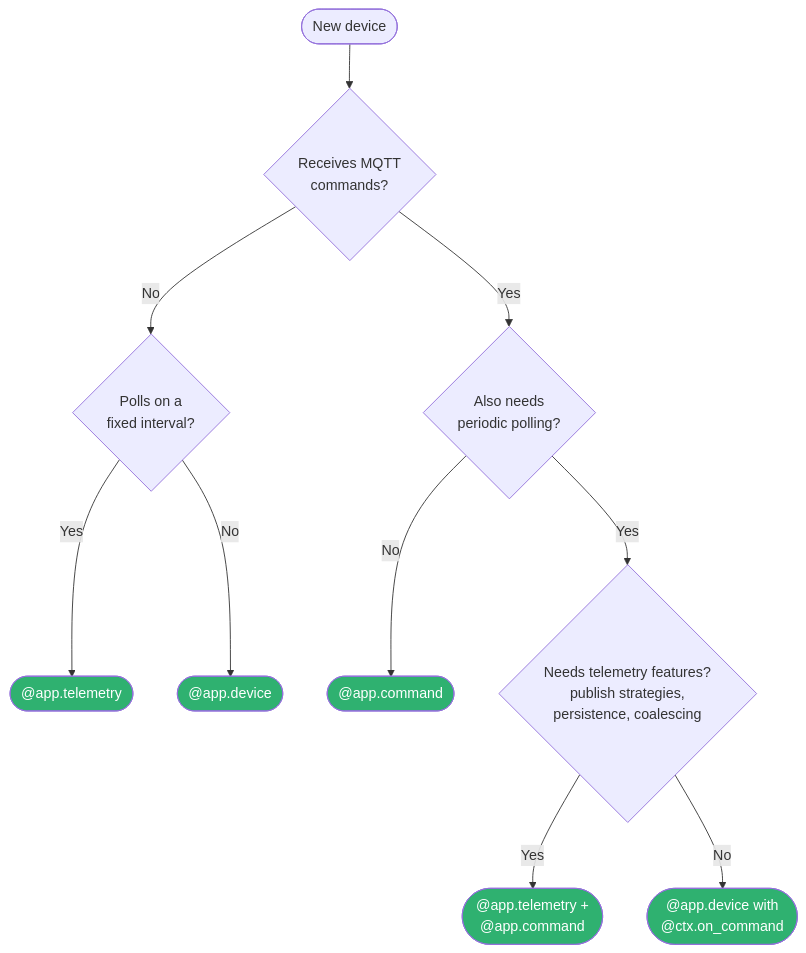
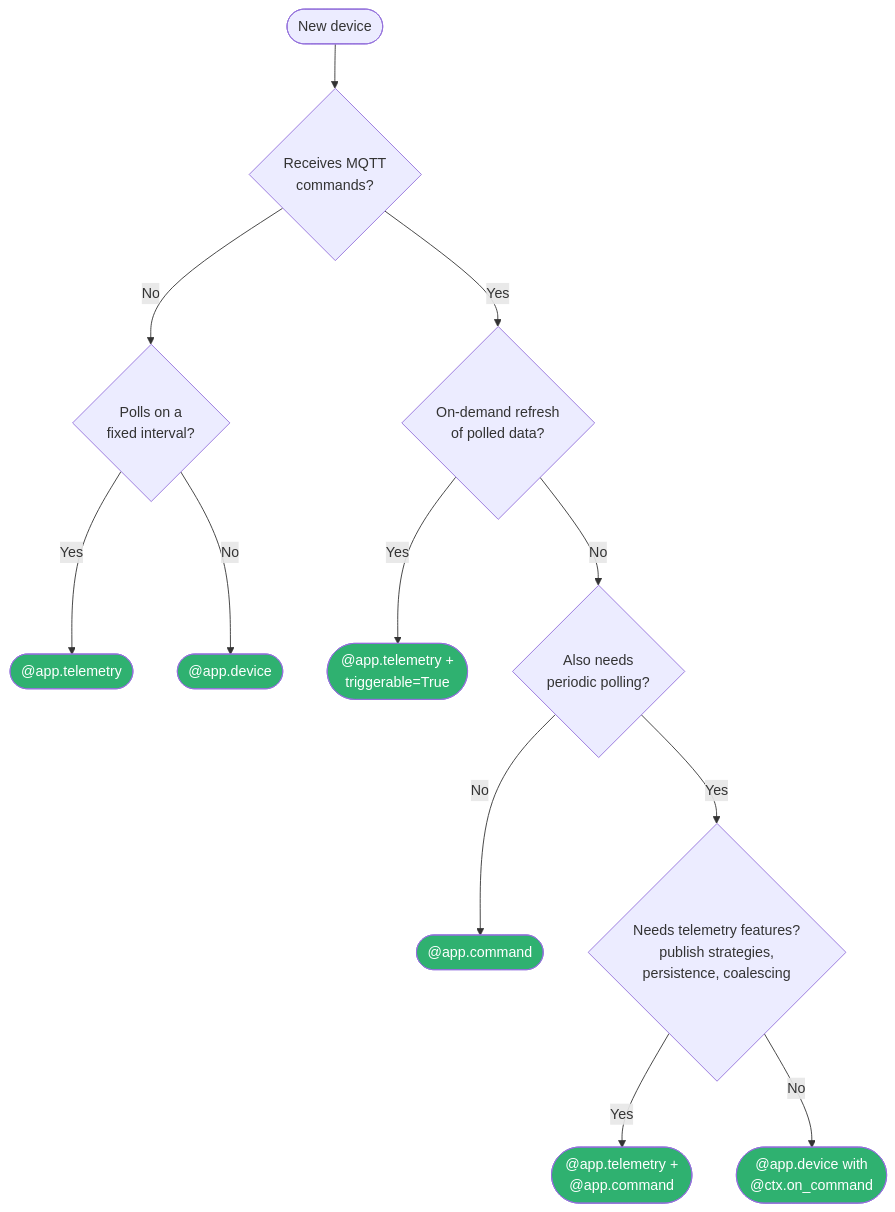
One commit to ff-fab/cosalette changed the fourth of 4 diagrams in docs/concepts/device-archetypes.md. Above: the diagram before and after it, drawn with Mermaid. The commit also changed other lines of this file and 29 other files, not shown here.

First line of the commit message:
feat: add triggerable telemetry with TriggerPayload injectable (#214)

````diff
--- a/docs/concepts/device-archetypes.md
+++ b/docs/concepts/device-archetypes.md
@@ -280,20 +285,23 @@
 ```mermaid
 graph TD
     Start([New device]) --> Q1{Receives MQTT<br/>commands?}
 
     Q1 -->|No| Q2{Polls on a<br/>fixed interval?}
     Q2 -->|Yes| T(["@app.telemetry"])
     Q2 -->|No| D1(["@app.device"])
 
-    Q1 -->|Yes| Q3{Also needs<br/>periodic polling?}
+    Q1 -->|Yes| Q1a{On-demand refresh<br/>of polled data?}
+    Q1a -->|Yes| TT(["@app.telemetry +<br/>triggerable=True"])
+    Q1a -->|No| Q3{Also needs<br/>periodic polling?}
     Q3 -->|No| C(["@app.command"])
     Q3 -->|Yes| Q4{Needs telemetry features?<br/>publish strategies,<br/>persistence, coalescing}
     Q4 -->|Yes| TC(["@app.telemetry +<br/>@app.command"])
     Q4 -->|No| D2(["@app.device with<br/>@ctx.on_command"])
 
     style T fill:#2FB170,color:#fff
     style D1 fill:#2FB170,color:#fff
     style C fill:#2FB170,color:#fff
+    style TT fill:#2FB170,color:#fff
     style TC fill:#2FB170,color:#fff
     style D2 fill:#2FB170,color:#fff
 ```
````
